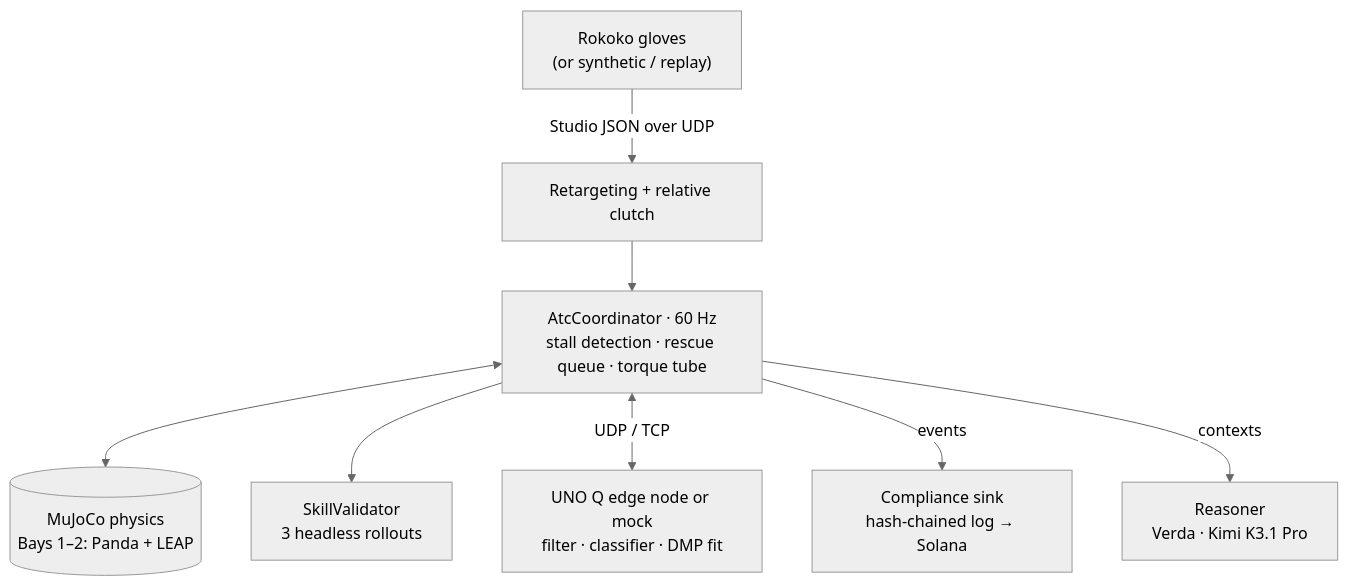
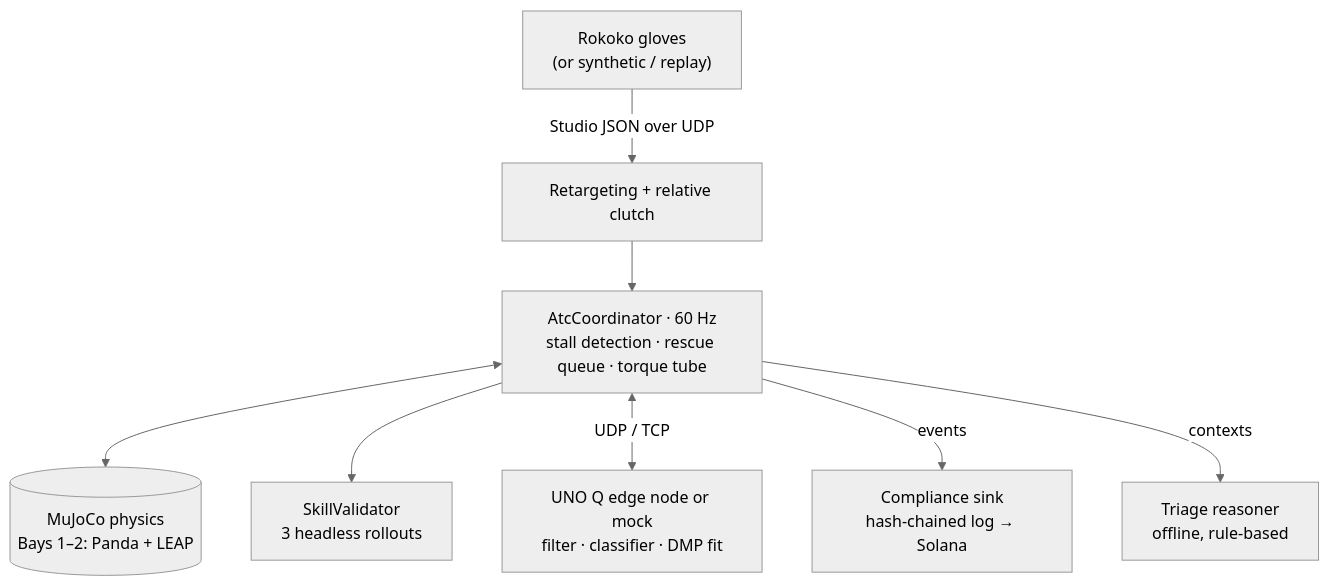
The first of 3 diagrams in README.md (Mr-Moody/Dex-ET2), drawn with Mermaid (neutral theme) before and after one commit. The commit also changed other lines of this file and 20 other files, not shown here.

First line of the commit message:
chore(reasoning): remove Verda/Kimi reasoner, keep offline triage (#66)

````diff
--- a/README.md
+++ b/README.md
@@ -23,19 +23,19 @@
 ```mermaid
 flowchart TD
     GLOVES["Rokoko gloves<br/>(or synthetic / replay)"]
     RET["Retargeting + relative clutch"]
     COORD["AtcCoordinator · 60 Hz<br/>stall detection · rescue queue · torque tube"]
     PHYS[("MuJoCo physics<br/>Bays 1–2: Panda + LEAP")]
     GATE["SkillValidator<br/>3 headless rollouts"]
     UNOQ["UNO Q edge node or mock<br/>filter · classifier · DMP fit"]
     SOL["Compliance sink<br/>hash-chained log → Solana"]
-    KIMI["Reasoner<br/>Verda · Kimi K3.1 Pro"]
+    TRI["Triage reasoner<br/>offline, rule-based"]
 
     GLOVES -->|"Studio JSON over UDP"| RET
     RET --> COORD
     COORD <--> PHYS
     COORD --> GATE
     COORD <-->|"UDP / TCP"| UNOQ
     COORD -->|"events"| SOL
-    COORD -->|"contexts"| KIMI
+    COORD -->|"contexts"| TRI
 ```
````
